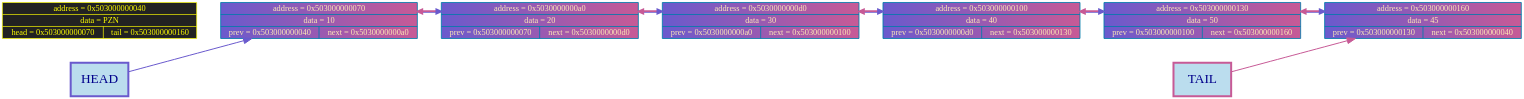
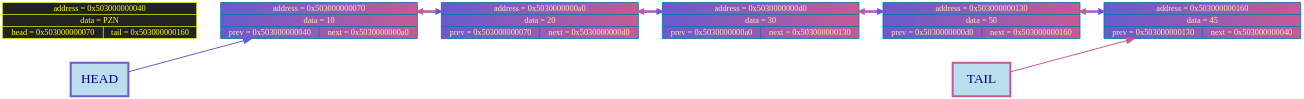
Before and after one commit to timoko3/list: the diagram in graphDumps/graphDump.dot, drawn with Graphviz. The commit also changed 13 other files, not shown here.

```diff
--- a/graphDumps/graphDump.dot
+++ b/graphDumps/graphDump.dot
@@ -1,34 +1,31 @@
 digraph G {
 rankdir=LR
 bgcolor="transparent"
 nodesep = 1;
 ranksep = 1
 	node [shape=record, style="filled", fillcolor="#FFA089", fontcolor="black", color="#007CAD", penwidth=2.5, fontname="Tahoma", fontsize=25];
 
 node64 [label="address = 0x503000000040 | data = PZN | {head = 0x503000000070 | tail = 0x503000000160} ", shape=record, style="filled", fillcolor="#222222", fontcolor="yellow", color="yellow", penwidth=2];
 	node112 [label="address = 0x503000000070 | data = 10 | {prev = 0x503000000040 | next = 0x5030000000a0} "];
 	node160 [label="address = 0x5030000000a0 | data = 20 | {prev = 0x503000000070 | next = 0x5030000000d0} "];
-	node208 [label="address = 0x5030000000d0 | data = 30 | {prev = 0x5030000000a0 | next = 0x503000000100} "];
-	node256 [label="address = 0x503000000100 | data = 40 | {prev = 0x5030000000d0 | next = 0x503000000130} "];
-	node304 [label="address = 0x503000000130 | data = 50 | {prev = 0x503000000100 | next = 0x503000000160} "];
+	node208 [label="address = 0x5030000000d0 | data = 30 | {prev = 0x5030000000a0 | next = 0x503000000130} "];
+	node304 [label="address = 0x503000000130 | data = 50 | {prev = 0x5030000000d0 | next = 0x503000000160} "];
 	node352 [label="address = 0x503000000160 | data = 45 | {prev = 0x503000000130 | next = 0x503000000040} "];
 
 head_label      [shape=box, width = 2.4, height = 1.4, label="HEAD", style="filled", fillcolor="#BBDDEE", color="#6A5ACD", penwidth = 6,  fontcolor="darkblue", fontsize = 40];
 tail_label      [shape=box, width = 2.4, height = 1.4, label="TAIL", style="filled", fillcolor="#BBDDEE", color="#c75a96ff", penwidth = 6,  fontcolor="darkblue", fontsize = 40];
 head_label      -> node112 [color="#6A5ACD"  , arrowsize=2.5, penwidth=3];
 tail_label      -> node352 [color="#c75a96ff"  , arrowsize=2.5, penwidth=3];
 	node64 -> node112[style=invis, weight = 100000];
-node112 -> node160 -> node208 -> node256 -> node304 -> node352[style=invis, weight=1000000];
+node112 -> node160 -> node208 -> node304 -> node352[style=invis, weight=1000000];
 	node112 [fillcolor = "#6A5ACD:#c75a96ff", fontcolor = "#ffe9b5ff"]
 node112 -> node160[color="#6A5ACD:#c75a96ff", arrowsize=1.5, penwidth=5, weight=1000, constraint=false, dir = both];
 node160 [fillcolor = "#6A5ACD:#c75a96ff", fontcolor = "#ffe9b5ff"]
 node160 -> node208[color="#6A5ACD:#c75a96ff", arrowsize=1.5, penwidth=5, weight=1000, constraint=false, dir = both];
 node208 [fillcolor = "#6A5ACD:#c75a96ff", fontcolor = "#ffe9b5ff"]
-node208 -> node256[color="#6A5ACD:#c75a96ff", arrowsize=1.5, penwidth=5, weight=1000, constraint=false, dir = both];
-node256 [fillcolor = "#6A5ACD:#c75a96ff", fontcolor = "#ffe9b5ff"]
-node256 -> node304[color="#6A5ACD:#c75a96ff", arrowsize=1.5, penwidth=5, weight=1000, constraint=false, dir = both];
+node208 -> node304[color="#6A5ACD:#c75a96ff", arrowsize=1.5, penwidth=5, weight=1000, constraint=false, dir = both];
 node304 [fillcolor = "#6A5ACD:#c75a96ff", fontcolor = "#ffe9b5ff"]
 node304 -> node352[color="#6A5ACD:#c75a96ff", arrowsize=1.5, penwidth=5, weight=1000, constraint=false, dir = both];
 node352 [fillcolor = "#6A5ACD:#c75a96ff", fontcolor = "#ffe9b5ff"]
 
 }
```
